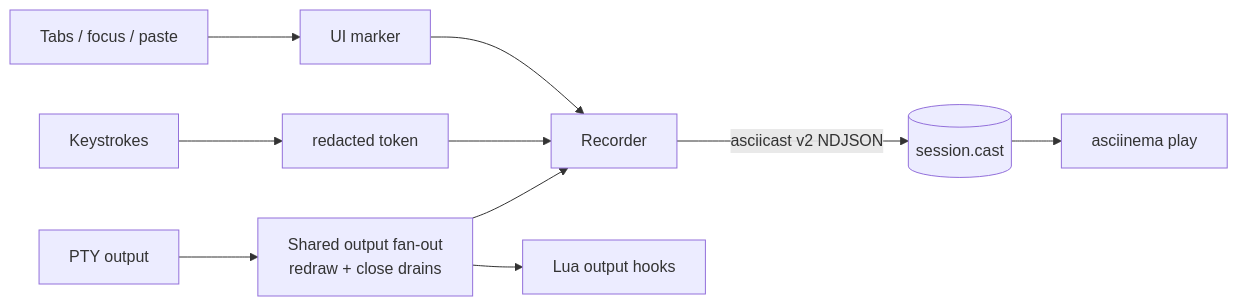
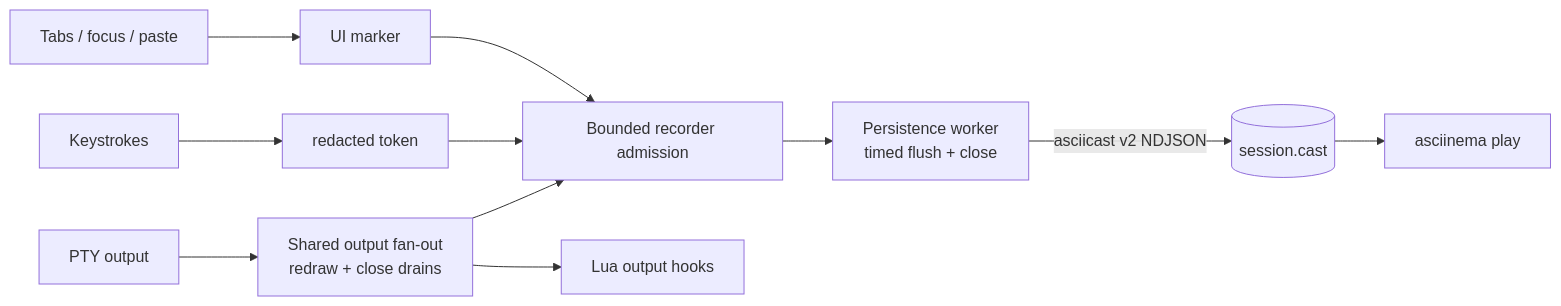
Before and after one commit to Reddimus/kettle: the diagram in docs/RECORDING.md, drawn with Mermaid. The commit also changed other lines of this file and 9 other files, not shown here.

````diff
--- a/docs/RECORDING.md
+++ b/docs/RECORDING.md
@@ -147,12 +167,13 @@
 ```mermaid
 flowchart LR
   PTY[PTY output] --> FAN["Shared output fan-out<br/>redraw + close drains"]
   KBD[Keystrokes] --> TOK["redacted token"]
   UI["Tabs / focus / paste"] --> MRK["UI marker"]
-  FAN --> REC[Recorder]
+  FAN --> REC["Bounded recorder admission"]
   FAN --> LUA["Lua output hooks"]
   TOK --> REC
   MRK --> REC
-  REC -->|"asciicast v2 NDJSON"| FILE[("session.cast")]
+  REC --> WORKER["Persistence worker<br/>timed flush + close"]
+  WORKER -->|"asciicast v2 NDJSON"| FILE[("session.cast")]
   FILE --> PLAY["asciinema play"]
 ```
````
